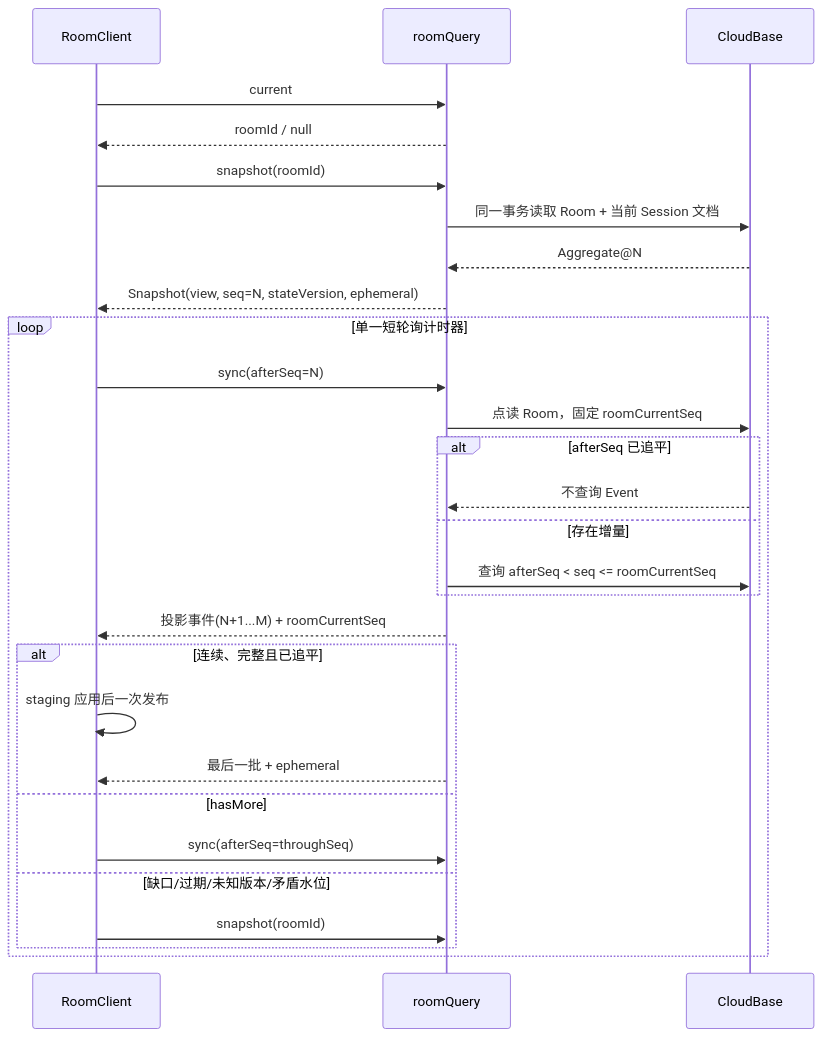
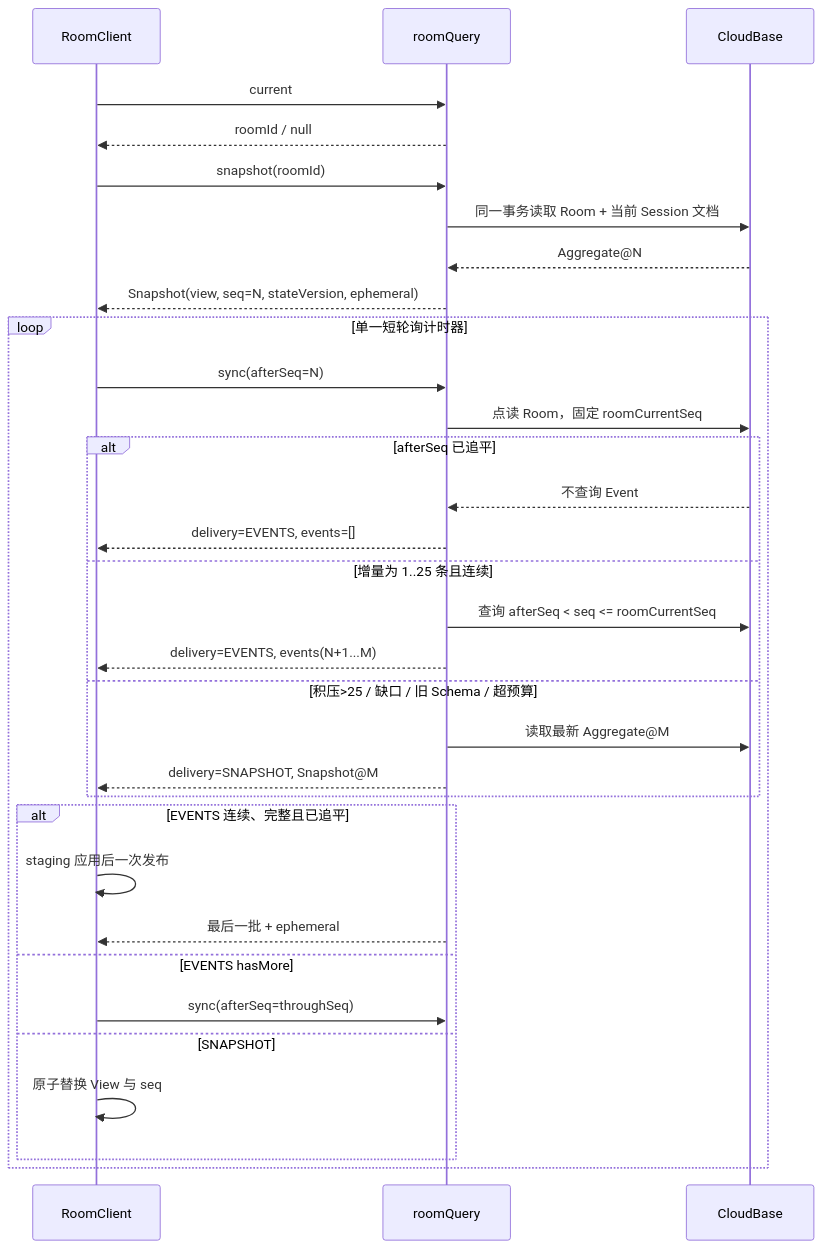
One commit to Bubble-419/cardboard-miniprogram changed diagram 11 of 22 in docs/ROOM_PROTOCOL_V3_IMPLEMENTATION.md. Above: the diagram before and after it, drawn with Mermaid. The commit also changed other lines of this file and 20 other files, not shown here.

````diff
--- a/docs/ROOM_PROTOCOL_V3_IMPLEMENTATION.md
+++ b/docs/ROOM_PROTOCOL_V3_IMPLEMENTATION.md
@@ -293,32 +297,36 @@
 ```mermaid
 sequenceDiagram
   participant C as RoomClient
   participant Q as roomQuery
   participant DB as CloudBase
 
   C->>Q: current
   Q-->>C: roomId / null
   C->>Q: snapshot(roomId)
   Q->>DB: 同一事务读取 Room + 当前 Session 文档
   DB-->>Q: Aggregate@N
   Q-->>C: Snapshot(view, seq=N, stateVersion, ephemeral)
 
   loop 单一短轮询计时器
     C->>Q: sync(afterSeq=N)
     Q->>DB: 点读 Room，固定 roomCurrentSeq
     alt afterSeq 已追平
       DB-->>Q: 不查询 Event
-    else 存在增量
+      Q-->>C: delivery=EVENTS, events=[]
+    else 增量为 1..25 条且连续
       Q->>DB: 查询 afterSeq < seq <= roomCurrentSeq
+      Q-->>C: delivery=EVENTS, events(N+1...M)
+    else 积压>25 / 缺口 / 旧 Schema / 超预算
+      Q->>DB: 读取最新 Aggregate@M
+      Q-->>C: delivery=SNAPSHOT, Snapshot@M
     end
-    Q-->>C: 投影事件(N+1...M) + roomCurrentSeq
-    alt 连续、完整且已追平
+    alt EVENTS 连续、完整且已追平
       C->>C: staging 应用后一次发布
       Q-->>C: 最后一批 + ephemeral
-    else hasMore
+    else EVENTS hasMore
       C->>Q: sync(afterSeq=throughSeq)
-    else 缺口/过期/未知版本/矛盾水位
-      C->>Q: snapshot(roomId)
+    else SNAPSHOT
+      C->>C: 原子替换 View 与 seq
     end
   end
 ```
````
